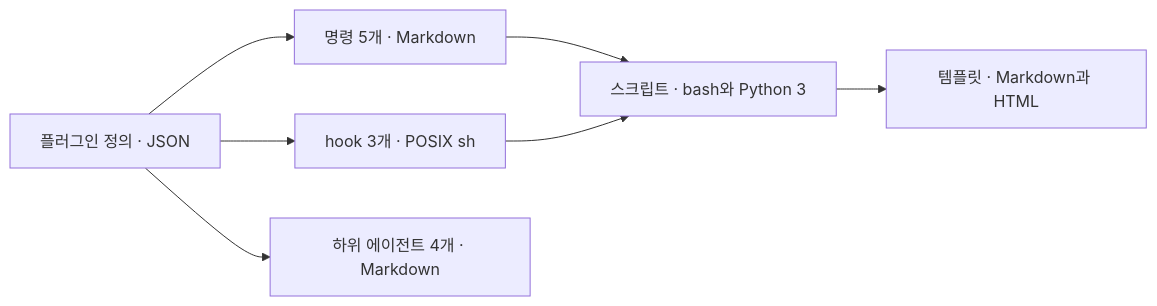
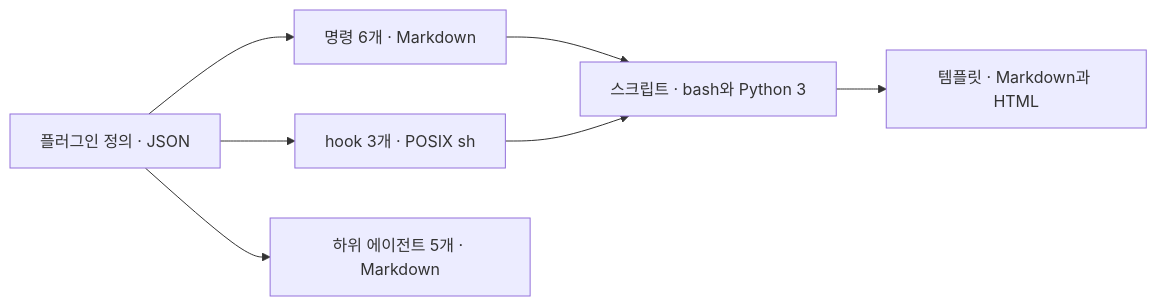
The first of 2 diagrams in docs/system/stack.md (dincal/agent_logbook), drawn with Mermaid before and after one commit. The commit also changed other lines of this file and 8 other files, not shown here.

````diff
--- a/docs/system/stack.md
+++ b/docs/system/stack.md
@@ -8,9 +8,9 @@
 ```mermaid
 flowchart LR
-  M["플러그인 정의 · JSON"] --> S["명령 5개 · Markdown"]
+  M["플러그인 정의 · JSON"] --> S["명령 6개 · Markdown"]
   M --> H["hook 3개 · POSIX sh"]
-  M --> V["하위 에이전트 4개 · Markdown"]
+  M --> V["하위 에이전트 5개 · Markdown"]
   S --> P["스크립트 · bash와 Python 3"]
   H --> P
   P --> T["템플릿 · Markdown과 HTML"]
 ```
````
